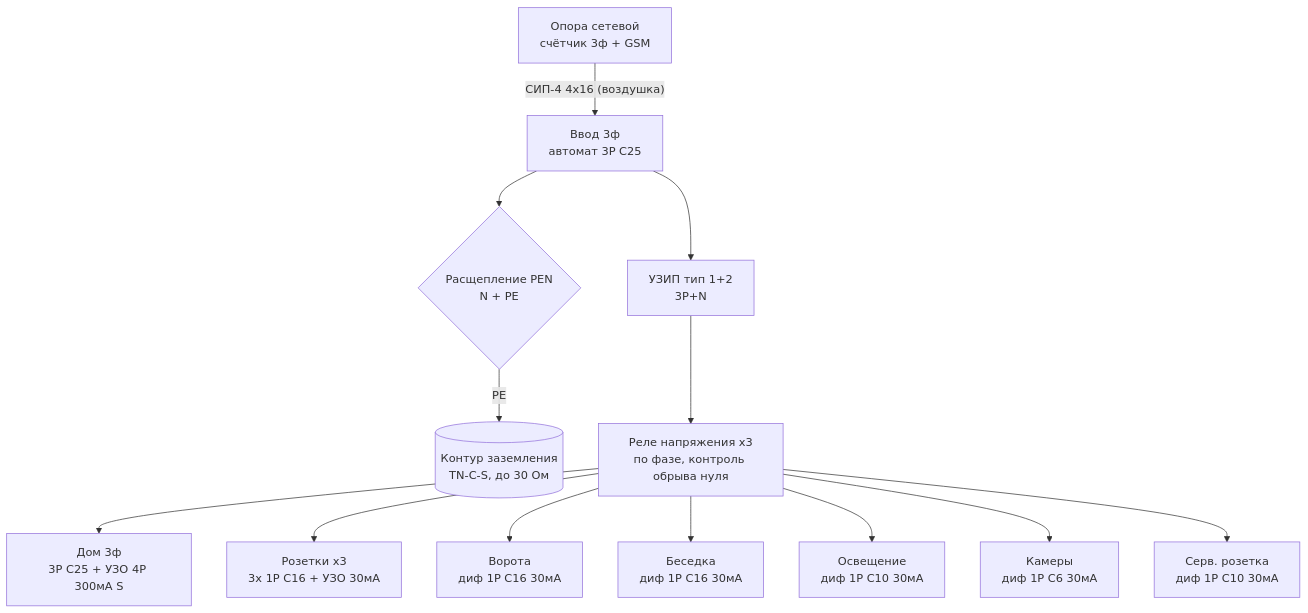
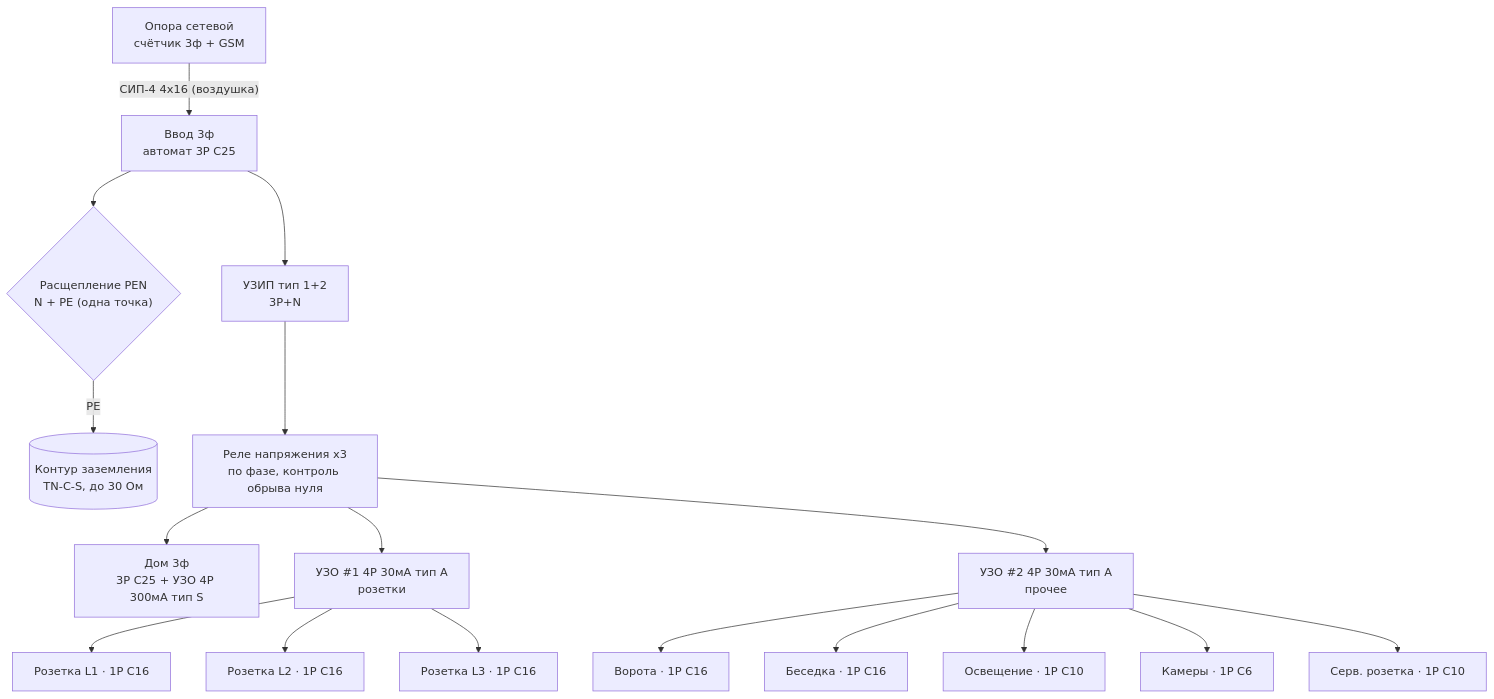
The diagram in 07-schemas/electrics/panel.md (goofuck-tmb/build-a-house), drawn with Mermaid before and after one commit. The commit also changed other lines of this file, not shown here.

First line of the commit message:
Щиток: 2 УЗО 30мА вместо дифавтоматов + блок 'Сборка и расходники'

````diff
--- a/07-schemas/electrics/panel.md
+++ b/07-schemas/electrics/panel.md
@@ -77,15 +95,19 @@
 ```mermaid
 flowchart TD
   OP["Опора сетевой<br/>счётчик 3ф + GSM"] -->|"СИП-4 4x16 (воздушка)"| VV["Ввод 3ф<br/>автомат 3P C25"]
-  VV --> SP{"Расщепление PEN<br/>N + PE"}
+  VV --> SP{"Расщепление PEN<br/>N + PE (одна точка)"}
   SP -->|PE| GND[("Контур заземления<br/>TN-C-S, до 30 Ом")]
   VV --> UZIP["УЗИП тип 1+2<br/>3P+N"]
   UZIP --> RN["Реле напряжения x3<br/>по фазе, контроль обрыва нуля"]
-  RN --> B1["Дом 3ф<br/>3P C25 + УЗО 4P 300мА S"]
-  RN --> B2["Розетки x3<br/>3x 1P C16 + УЗО 30мА"]
-  RN --> B3["Ворота<br/>диф 1P C16 30мА"]
-  RN --> B4["Беседка<br/>диф 1P C16 30мА"]
-  RN --> B5["Освещение<br/>диф 1P C10 30мА"]
-  RN --> B6["Камеры<br/>диф 1P C6 30мА"]
-  RN --> B7["Серв. розетка<br/>диф 1P C10 30мА"]
+  RN --> HD["Дом 3ф<br/>3P C25 + УЗО 4P 300мА тип S"]
+  RN --> U1["УЗО #1 4P 30мА тип A<br/>розетки"]
+  U1 --> R1["Розетка L1 · 1P C16"]
+  U1 --> R2["Розетка L2 · 1P C16"]
+  U1 --> R3["Розетка L3 · 1P C16"]
+  RN --> U2["УЗО #2 4P 30мА тип A<br/>прочее"]
+  U2 --> E1["Ворота · 1P C16"]
+  U2 --> E2["Беседка · 1P C16"]
+  U2 --> E3["Освещение · 1P C10"]
+  U2 --> E4["Камеры · 1P C6"]
+  U2 --> E5["Серв. розетка · 1P C10"]
 ```
````
